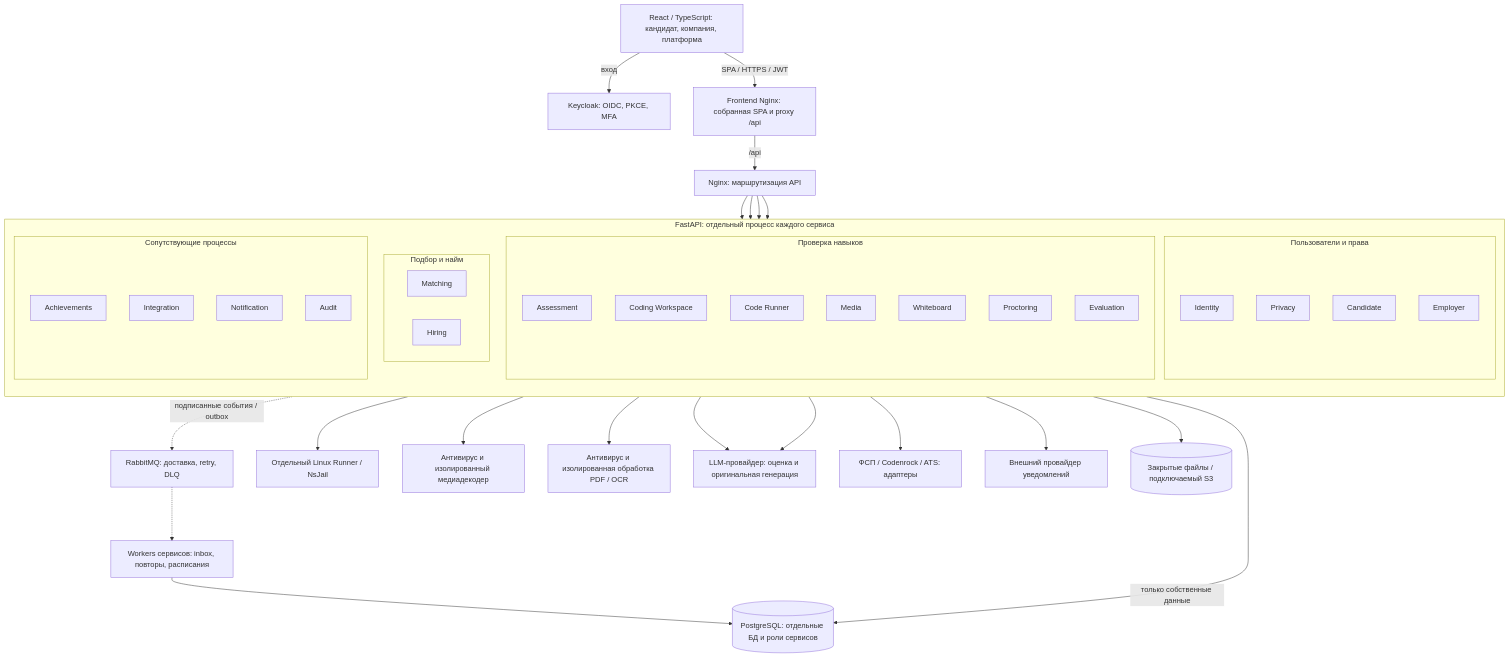
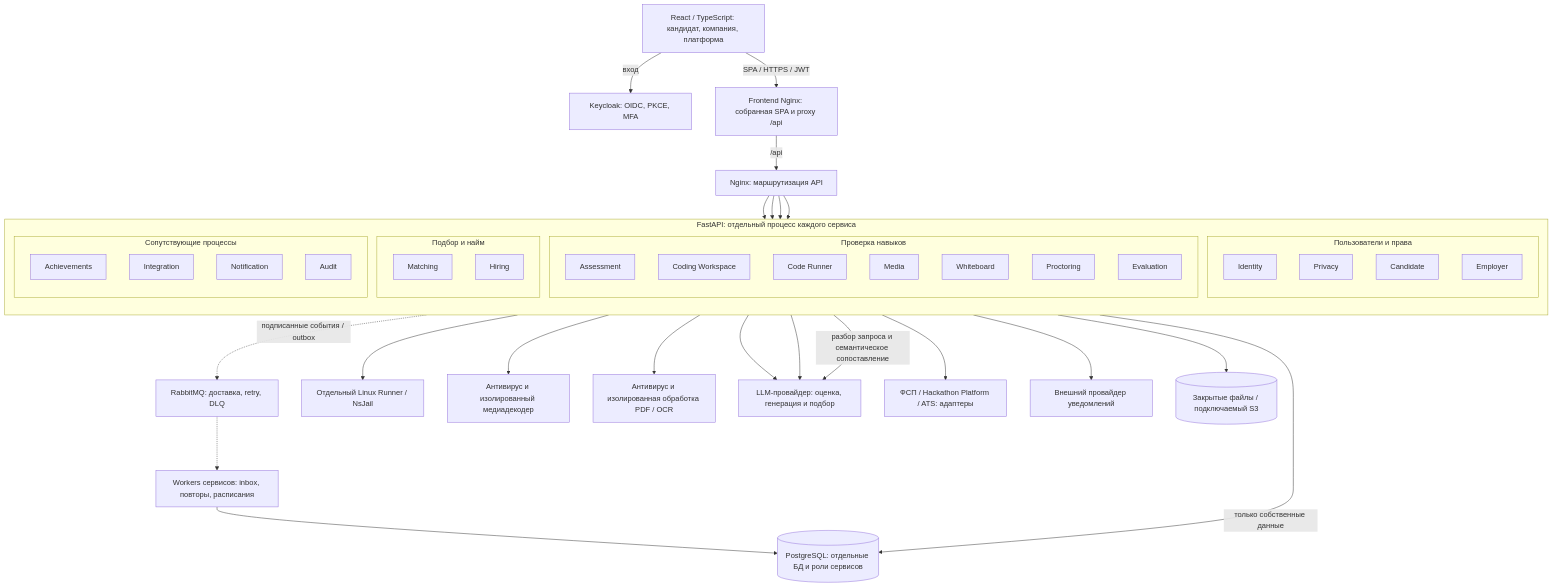
The diagram in README.md (VictoriaGailitis/reverse-hr), drawn with Mermaid before and after one commit. The commit also changed other lines of this file and 59 other files, not shown here.

````diff
--- a/README.md
+++ b/README.md
@@ -38,54 +38,55 @@
 ```mermaid
 flowchart TB
     UI["React / TypeScript: кандидат, компания, платформа"]
     KC["Keycloak: OIDC, PKCE, MFA"]
     WEB["Frontend Nginx: собранная SPA и proxy /api"]
     GW["Nginx: маршрутизация API"]
     UI -->|"вход"| KC
     UI -->|"SPA / HTTPS / JWT"| WEB
     WEB -->|"/api"| GW
     subgraph SERVICES["FastAPI: отдельный процесс каждого сервиса"]
         direction TB
         subgraph PEOPLE["Пользователи и права"]
             ID["Identity"]
             PR["Privacy"]
             CA["Candidate"]
             EM["Employer"]
         end
         subgraph SKILLS["Проверка навыков"]
             AS["Assessment"]
             CW["Coding Workspace"]
             CR["Code Runner"]
             ME["Media"]
             WB["Whiteboard"]
             PC["Proctoring"]
             EV["Evaluation"]
         end
         subgraph MARKET["Подбор и найм"]
             MA["Matching"]
             HI["Hiring"]
         end
         subgraph SUPPORT["Сопутствующие процессы"]
             AC["Achievements"]
             IN["Integration"]
             NO["Notification"]
             AU["Audit"]
         end
     end
     GW --> PEOPLE
     GW --> SKILLS
     GW --> MARKET
     GW --> SUPPORT
     SERVICES -->|"только собственные данные"| DB[("PostgreSQL: отдельные БД и роли сервисов")]
     SERVICES -.->|"подписанные события / outbox"| MQ["RabbitMQ: доставка, retry, DLQ"]
     MQ -.-> WORK["Workers сервисов: inbox, повторы, расписания"]
     WORK --> DB
     CR --> RUN["Отдельный Linux Runner / NsJail"]
     ME --> DEC["Антивирус и изолированный медиадекодер"]
     CA --> PDF["Антивирус и изолированная обработка PDF / OCR"]
-    EV --> LLM["LLM-провайдер: оценка и оригинальная генерация"]
+    EV --> LLM["LLM-провайдер: оценка, генерация и подбор"]
     AS --> LLM
-    IN --> EXT["ФСП / Codenrock / ATS: адаптеры"]
+    MA -->|"разбор запроса и семантическое сопоставление"| LLM
+    IN --> EXT["ФСП / Hackathon Platform / ATS: адаптеры"]
     NO --> DEL["Внешний провайдер уведомлений"]
     ME --> STORE[("Закрытые файлы / подключаемый S3")]
 ```
````
